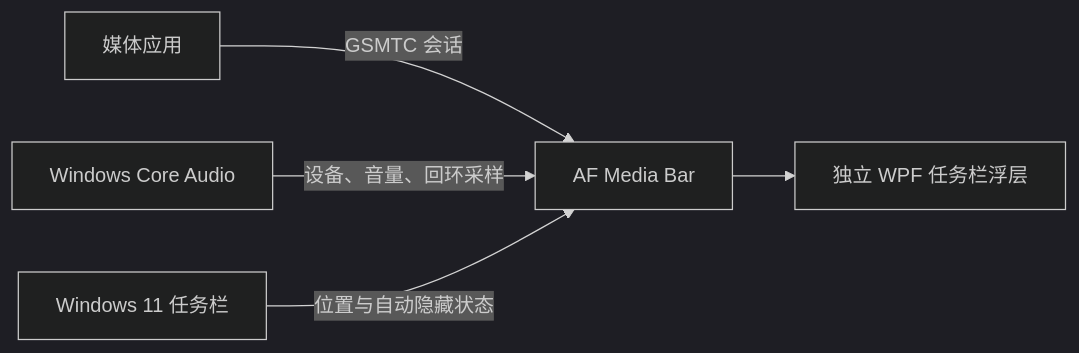
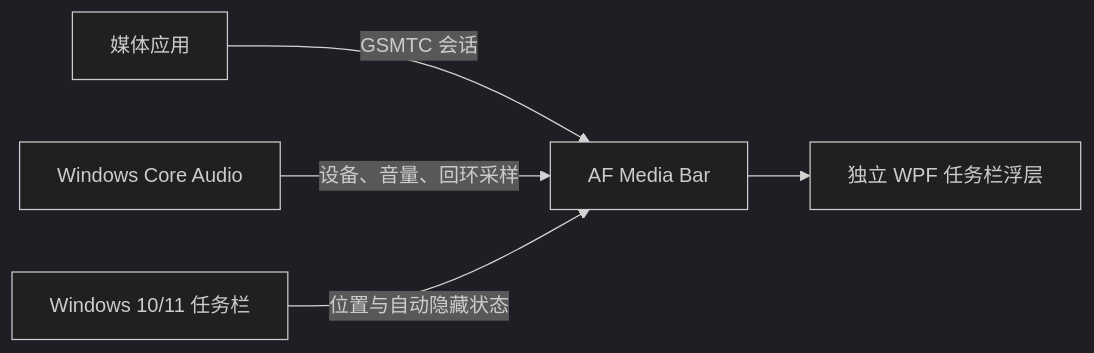
One commit to Fervent-Tempo/AF-Media-Bar changed the diagram in README.md. Above: the diagram before and after it, drawn with Mermaid (dark theme). The commit also changed other lines of this file and 7 other files, not shown here.

````diff
--- a/README.md
+++ b/README.md
@@ -93,7 +93,7 @@
 ```mermaid
 flowchart LR
     A[媒体应用] -->|GSMTC 会话| B[AF Media Bar]
     C[Windows Core Audio] -->|设备、音量、回环采样| B
-    D[Windows 11 任务栏] -->|位置与自动隐藏状态| B
+    D[Windows 10/11 任务栏] -->|位置与自动隐藏状态| B
     B --> E[独立 WPF 任务栏浮层]
 ```
````
